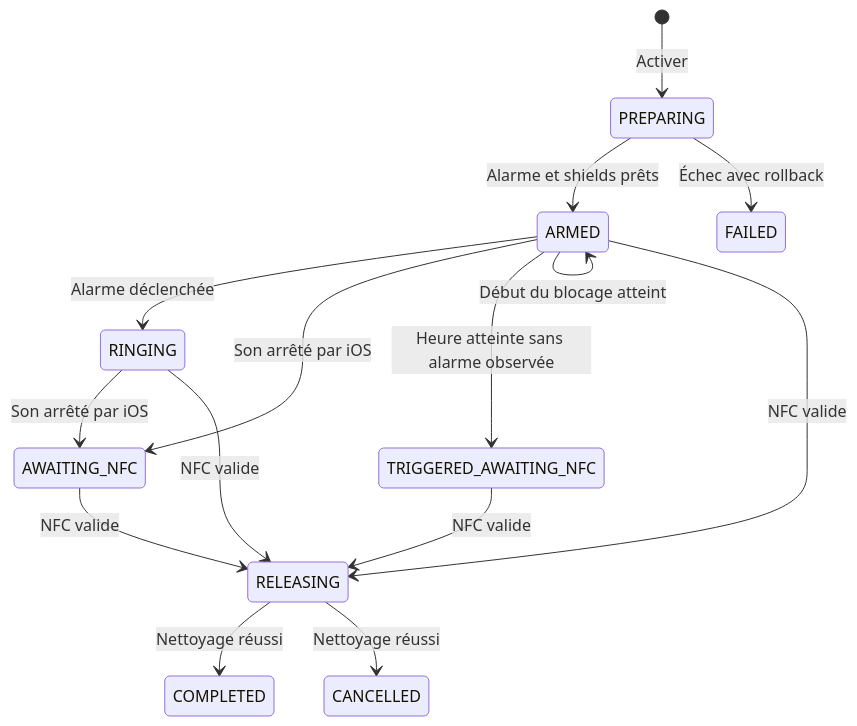
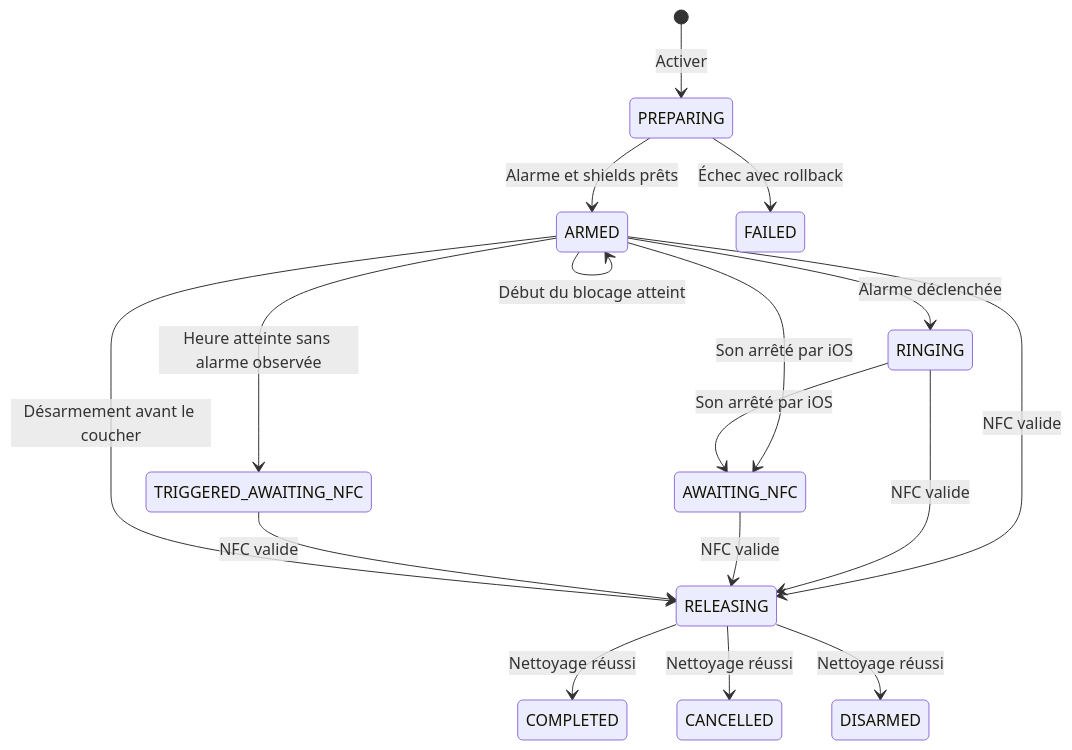
Before and after one commit to Illians1/NiumiV2-App-Mobile: the diagram in specs/SPEC_IOS.md, drawn with Mermaid. The commit also changed other lines of this file and 55 other files, not shown here.

````diff
--- a/specs/SPEC_IOS.md
+++ b/specs/SPEC_IOS.md
@@ -489,17 +494,19 @@
 ```mermaid
 stateDiagram-v2
     [*] --> PREPARING: Activer
     PREPARING --> ARMED: Alarme et shields prêts
     PREPARING --> FAILED: Échec avec rollback
     ARMED --> RINGING: Alarme déclenchée
     ARMED --> AWAITING_NFC: Son arrêté par iOS
     ARMED --> TRIGGERED_AWAITING_NFC: Heure atteinte sans alarme observée
     ARMED --> ARMED: Début du blocage atteint
     RINGING --> AWAITING_NFC: Son arrêté par iOS
     ARMED --> RELEASING: NFC valide
     RINGING --> RELEASING: NFC valide
     AWAITING_NFC --> RELEASING: NFC valide
     TRIGGERED_AWAITING_NFC --> RELEASING: NFC valide
+    ARMED --> RELEASING: Désarmement avant le coucher
     RELEASING --> COMPLETED: Nettoyage réussi
     RELEASING --> CANCELLED: Nettoyage réussi
+    RELEASING --> DISARMED: Nettoyage réussi
 ```
````
